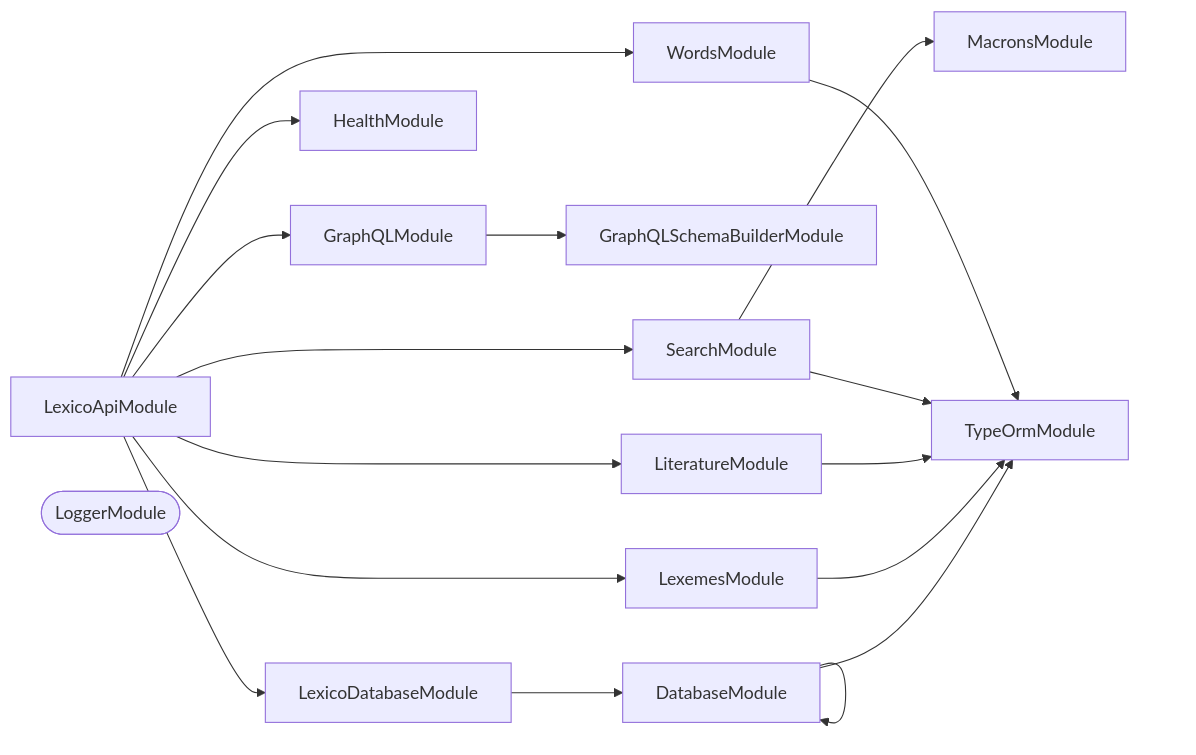
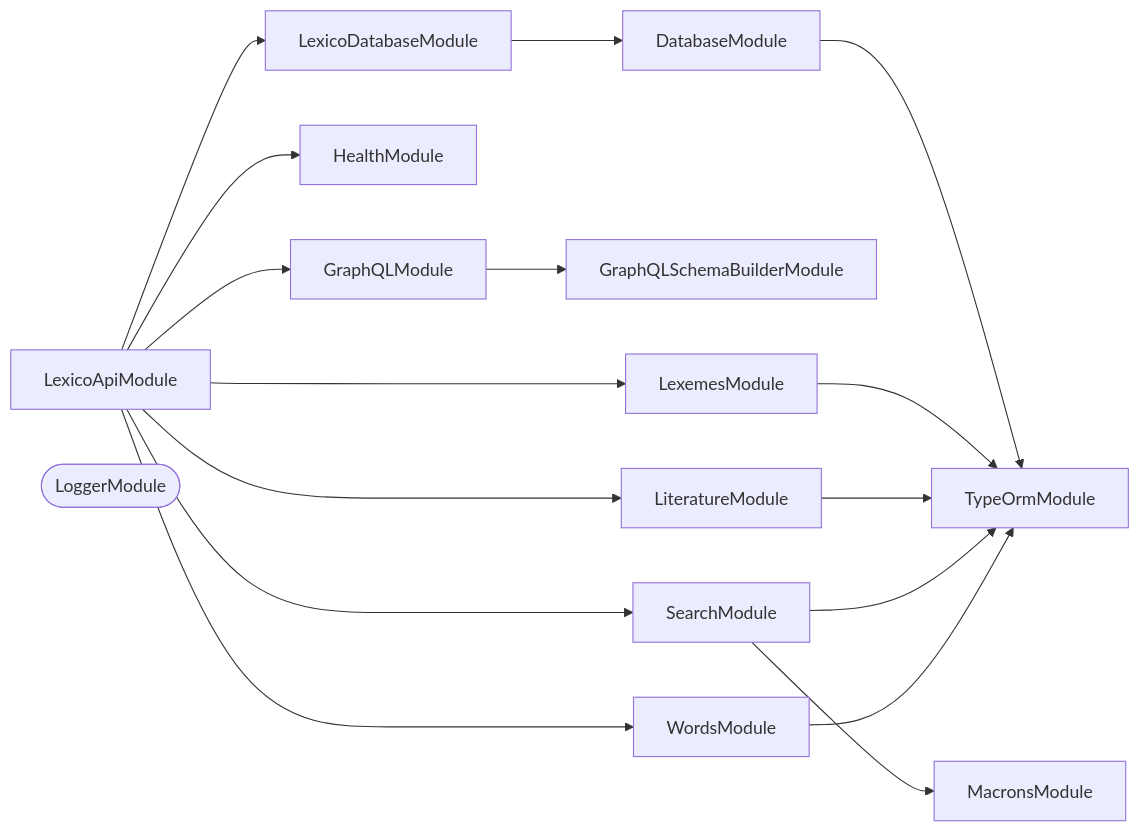
Before and after one commit to Organizzolini/codebase: the third of 3 diagrams in applications/lexico-api/README.md, drawn with Mermaid. The commit also changed 1 other file, not shown here.

Commit message:
test(lexico): ✅ start the token word suite through the shared database testing module

````diff
--- a/applications/lexico-api/README.md
+++ b/applications/lexico-api/README.md
@@ -325,32 +325,31 @@
 ```mermaid
 flowchart LR
   DatabaseModule
   GraphQLModule
   GraphQLSchemaBuilderModule
   HealthModule
   LexemesModule
   LexicoApiModule
   LexicoDatabaseModule
   LiteratureModule
   LoggerModule([LoggerModule])
   MacronsModule
   SearchModule
   TypeOrmModule
   WordsModule
-  DatabaseModule --> DatabaseModule
   DatabaseModule --> TypeOrmModule
   GraphQLModule --> GraphQLSchemaBuilderModule
   LexemesModule --> TypeOrmModule
   LexicoApiModule --> GraphQLModule
   LexicoApiModule --> HealthModule
   LexicoApiModule --> LexemesModule
   LexicoApiModule --> LexicoDatabaseModule
   LexicoApiModule --> LiteratureModule
   LexicoApiModule --> SearchModule
   LexicoApiModule --> WordsModule
   LexicoDatabaseModule --> DatabaseModule
   LiteratureModule --> TypeOrmModule
   SearchModule --> MacronsModule
   SearchModule --> TypeOrmModule
   WordsModule --> TypeOrmModule
 ```
````
